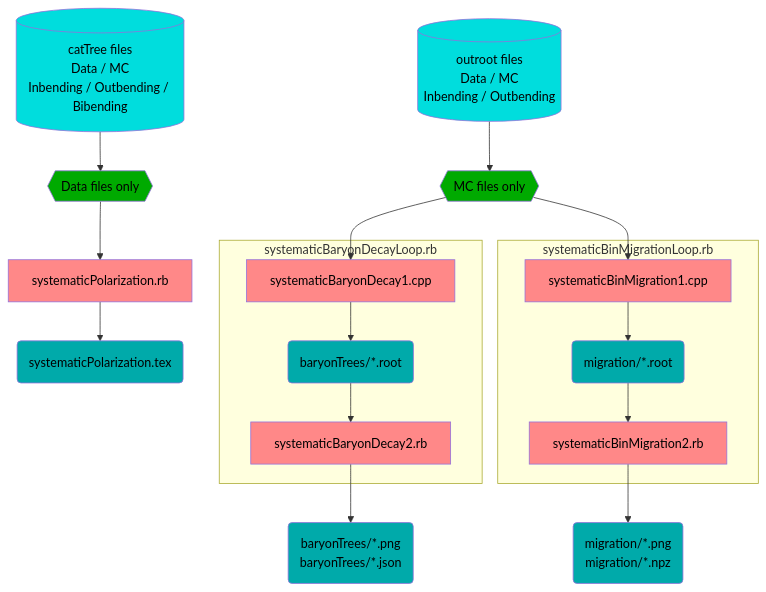
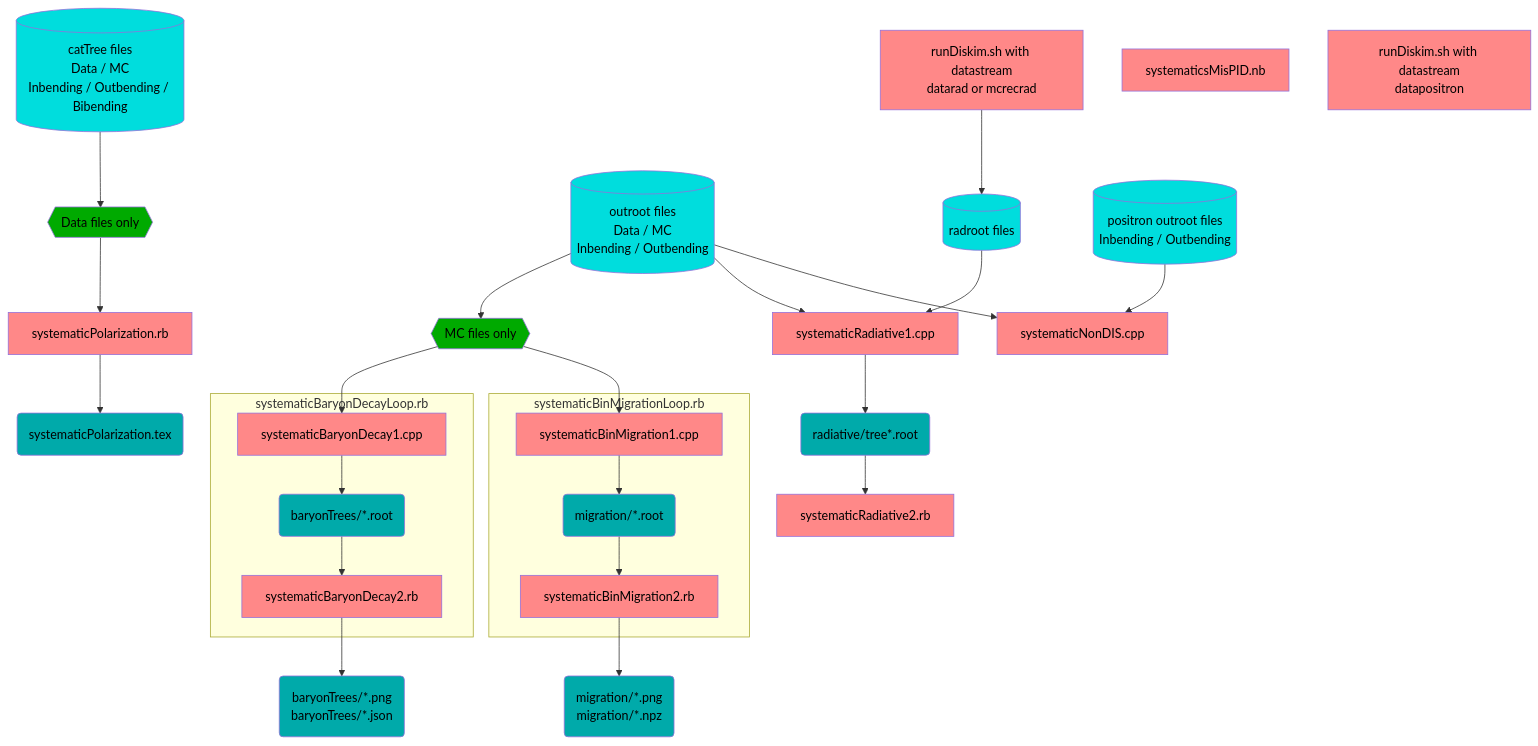
One commit to c-dilks/dispin changed the second of 2 diagrams in README.md. Above: the diagram before and after it, drawn with Mermaid.

Commit message:
doc: add systemtics to `mermaid` flowchart

````diff
--- a/README.md
+++ b/README.md
@@ -158,35 +158,52 @@
 ```mermaid
 flowchart TB
   classDef alg fill:#ff8888,color:black
   classDef data fill:#00aaaa,color:black
   classDef bigdata fill:#00dddd,color:black
   classDef op fill:#00aa00,color:black
 
   CatTrees[(catTree files<br/>Data / MC<br/>Inbending / Outbending / Bibending)]:::bigdata
   CatTreesOnlyData{{Data files only}}:::op
   CatTrees --> CatTreesOnlyData
 
   Outroots[(outroot files<br/>Data / MC<br/>Inbending / Outbending)]:::bigdata
   OutrootsOnlyMC{{MC files only}}:::op
   Outroots --> OutrootsOnlyMC
 
   PolAlg[systematicPolarization.rb]:::alg
   Pol(systematicPolarization.tex):::data
   CatTreesOnlyData --> PolAlg --> Pol
 
   subgraph systematicBaryonDecayLoop.rb
       BaryonAlg1[systematicBaryonDecay1.cpp]:::alg
       BaryonTrees(baryonTrees/*.root):::data
       BaryonAlg2[systematicBaryonDecay2.rb]:::alg
   end
   BaryonResult(baryonTrees/*.png<br/>baryonTrees/*.json):::data
   OutrootsOnlyMC --> BaryonAlg1 --> BaryonTrees --> BaryonAlg2 --> BaryonResult
 
   subgraph systematicBinMigrationLoop.rb
       MigrationAlg1[systematicBinMigration1.cpp]:::alg
       MigrationRoots(migration/*.root):::data
       MigrationAlg2[systematicBinMigration2.rb]:::alg
   end
   MigrationResult(migration/*.png<br/>migration/*.npz):::data
   OutrootsOnlyMC --> MigrationAlg1 --> MigrationRoots --> MigrationAlg2 --> MigrationResult
+
+  RunDiskimRad[runDiskim.sh with datastream<br/>datarad or mcrecrad]:::alg
+  RadRoots[(radroot files)]:::bigdata
+  RadAlg1[systematicRadiative1.cpp]:::alg
+  RadTrees(radiative/tree*.root):::data
+  RadAlg2[systematicRadiative2.rb]:::alg
+  Outroots --> RadAlg1
+  RunDiskimRad --> RadRoots --> RadAlg1
+  RadAlg1 --> RadTrees --> RadAlg2
+
+  MisPID[systematicsMisPID.nb]:::alg
+
+  RunDiskimPositron[runDiskim.sh with datastream<br/>datapositron]:::alg
+  PositronRoots[(positron outroot files<br/>Inbending / Outbending)]:::bigdata
+  PositronAlg[systematicNonDIS.cpp]:::alg
+  Outroots --> PositronAlg
+  PositronRoots --> PositronAlg
 ```
````
